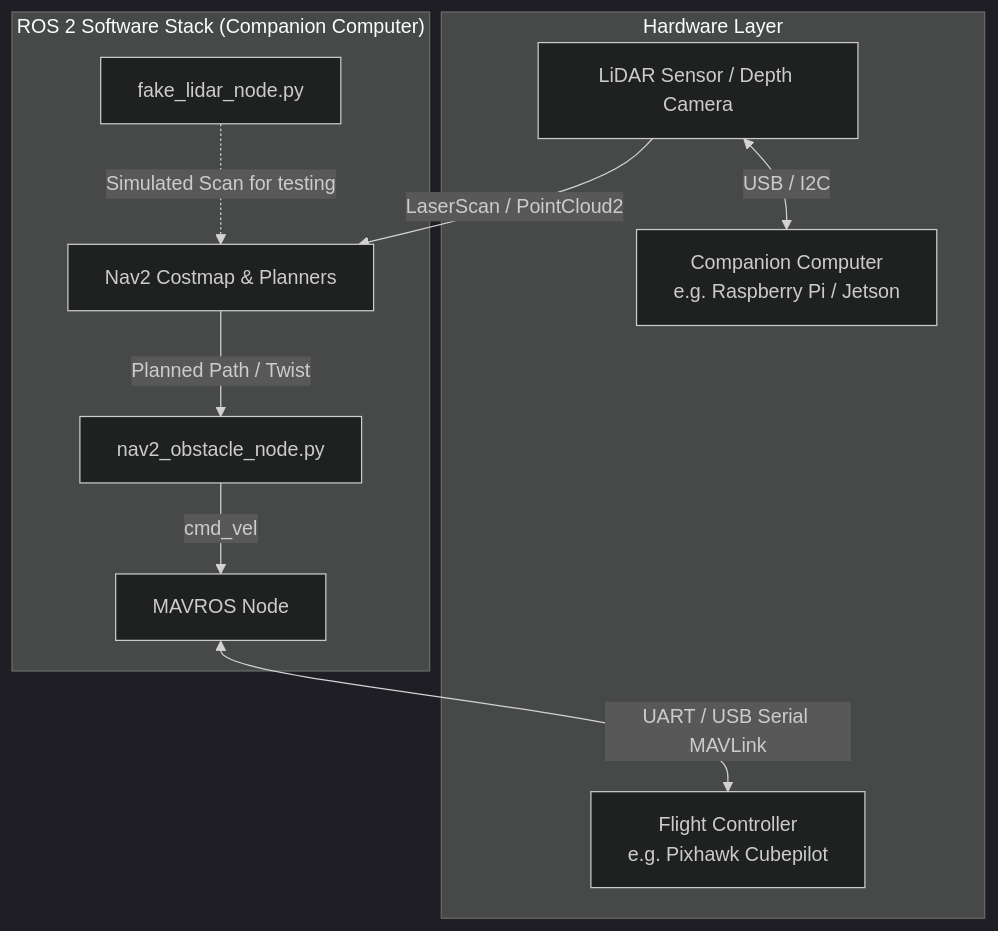
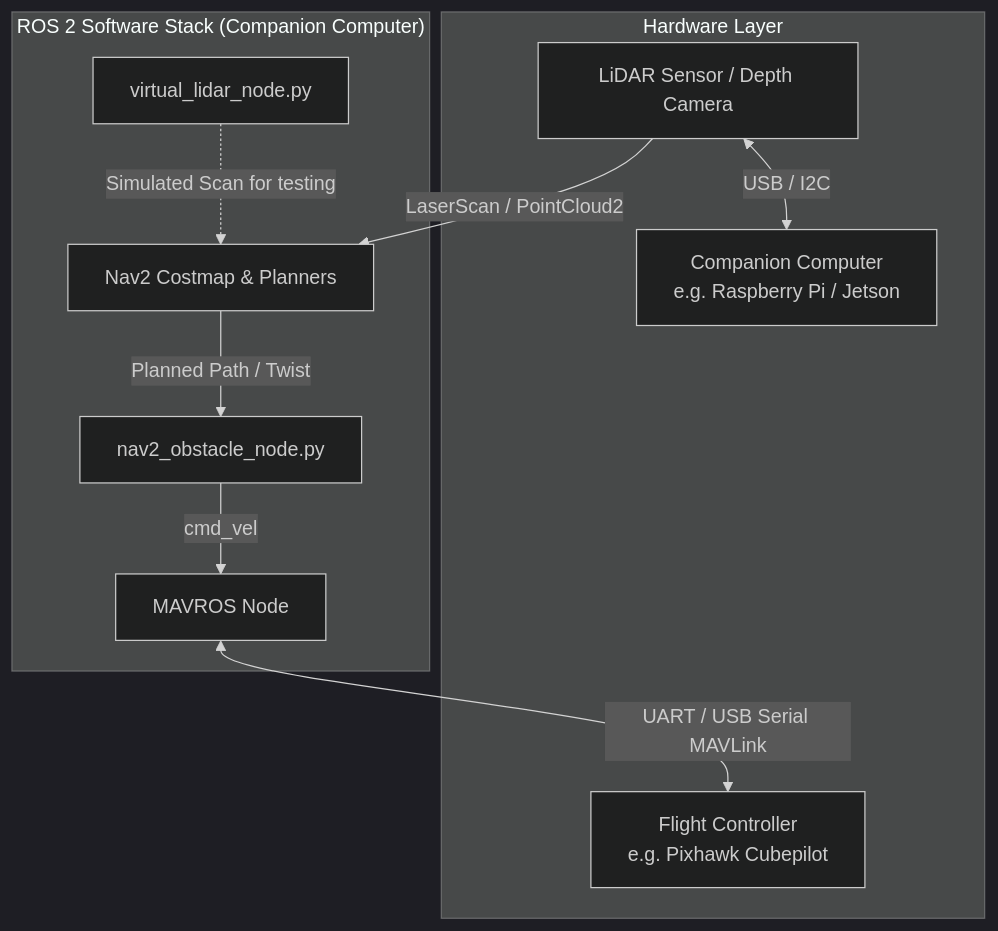
One commit to jalanths/Drone-Autonomy-ROS2 changed the diagram in README.md. Above: the diagram before and after it, drawn with Mermaid (dark theme). The commit also changed other lines of this file and 4 other files, not shown here.

Commit message:
Rename fake_lidar_node to virtual_lidar_node across the project

````diff
--- a/README.md
+++ b/README.md
@@ -12,24 +12,24 @@
 ```mermaid
 graph TD
     subgraph Hardware Layer
         Lidar[LiDAR Sensor / Depth Camera]
         CC[Companion Computer <br> e.g. Raspberry Pi / Jetson]
         FC[Flight Controller <br> e.g. Pixhawk Cubepilot]
     end
 
     subgraph "ROS 2 Software Stack (Companion Computer)"
-        FakeLidar[fake_lidar_node.py]
+        FakeLidar[virtual_lidar_node.py]
         Nav2[Nav2 Costmap & Planners]
         ObstacleNode[nav2_obstacle_node.py]
         MavrosNode[MAVROS Node]
     end
 
     %% Connections
     Lidar -->|LaserScan / PointCloud2| Nav2
     FakeLidar -.->|Simulated Scan for testing| Nav2
     Nav2 -->|Planned Path / Twist| ObstacleNode
     ObstacleNode -->|cmd_vel| MavrosNode
     
     Lidar <-->|USB / I2C| CC
     MavrosNode <-->|UART / USB Serial MAVLink| FC
 ```
````
